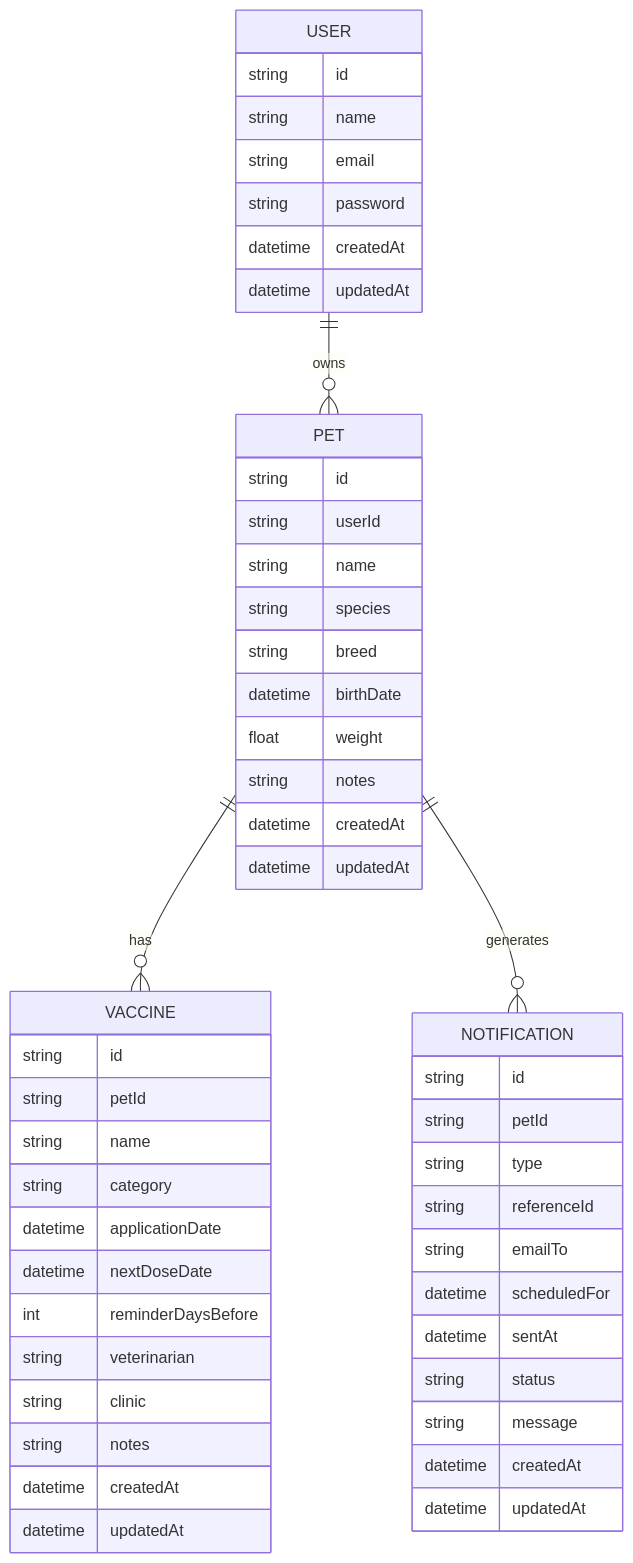
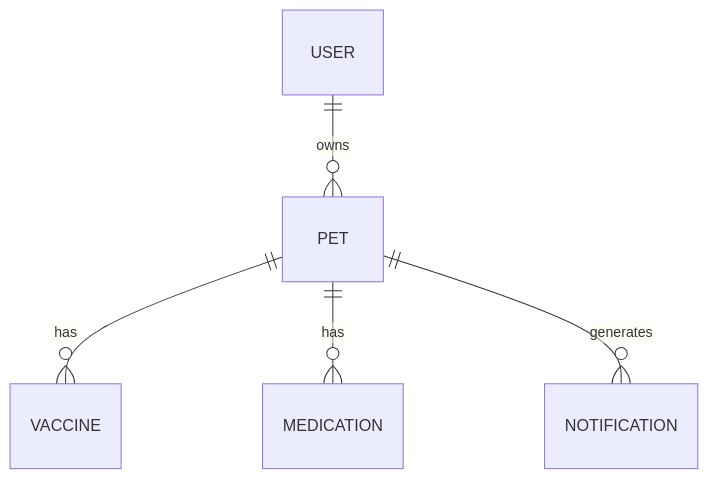
Before and after one commit to AysllaGomes/pet-health-api: the fourth of 8 diagrams in docs/diagrams.md, drawn with Mermaid. The commit also changed other lines of this file and 4 other files, not shown here.

Commit message:
refactor(reminders): improve separation of concerns and add diagrams and architecture docs

````diff
--- a/docs/diagrams.md
+++ b/docs/diagrams.md
@@ -124,57 +93,7 @@
 ```mermaid
 erDiagram
     USER ||--o{ PET : owns
     PET ||--o{ VACCINE : has
+    PET ||--o{ MEDICATION : has
     PET ||--o{ NOTIFICATION : generates
-
-    USER {
-        string id
-        string name
-        string email
-        string password
-        datetime createdAt
-        datetime updatedAt
-    }
-
-    PET {
-        string id
-        string userId
-        string name
-        string species
-        string breed
-        datetime birthDate
-        float weight
-        string notes
-        datetime createdAt
-        datetime updatedAt
-    }
-
-    VACCINE {
-        string id
-        string petId
-        string name
-        string category
-        datetime applicationDate
-        datetime nextDoseDate
-        int reminderDaysBefore
-        string veterinarian
-        string clinic
-        string notes
-        datetime createdAt
-        datetime updatedAt
-    }
-
-    NOTIFICATION {
-        string id
-        string petId
-        string type
-        string referenceId
-        string emailTo
-        datetime scheduledFor
-        datetime sentAt
-        string status
-        string message
-        datetime createdAt
-        datetime updatedAt
-    }
 ```
````
